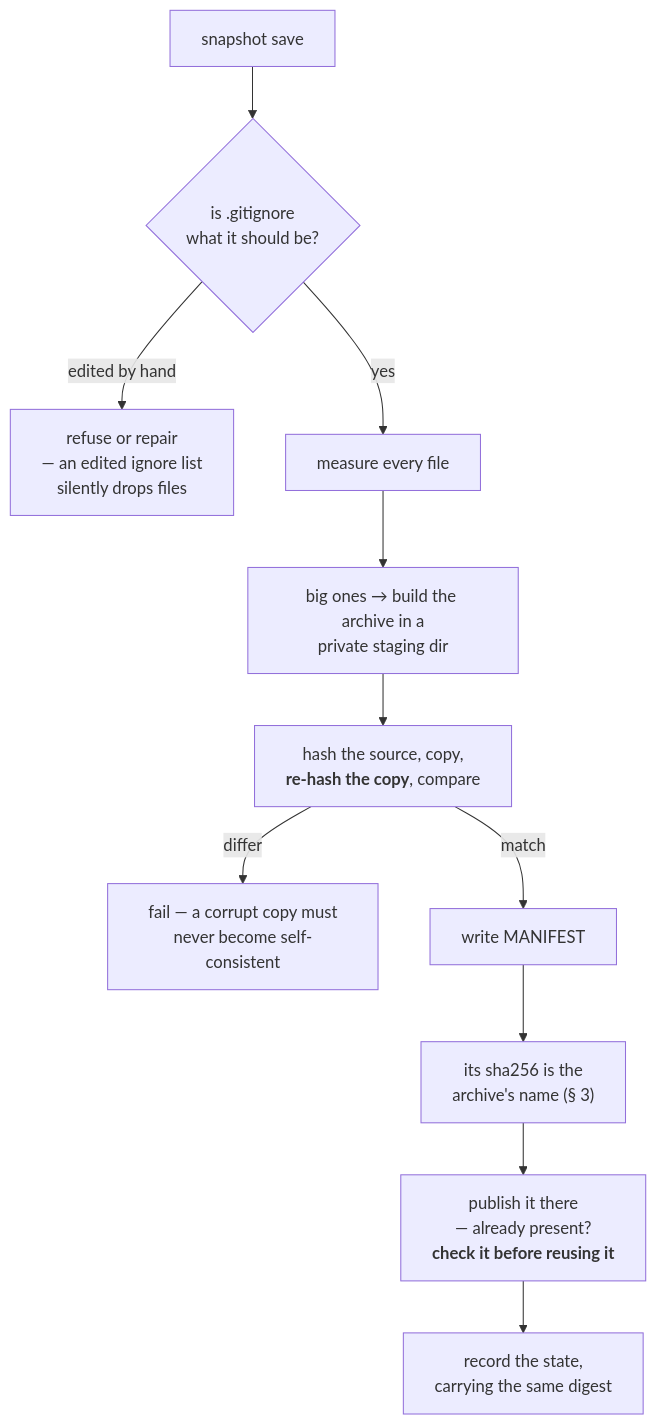
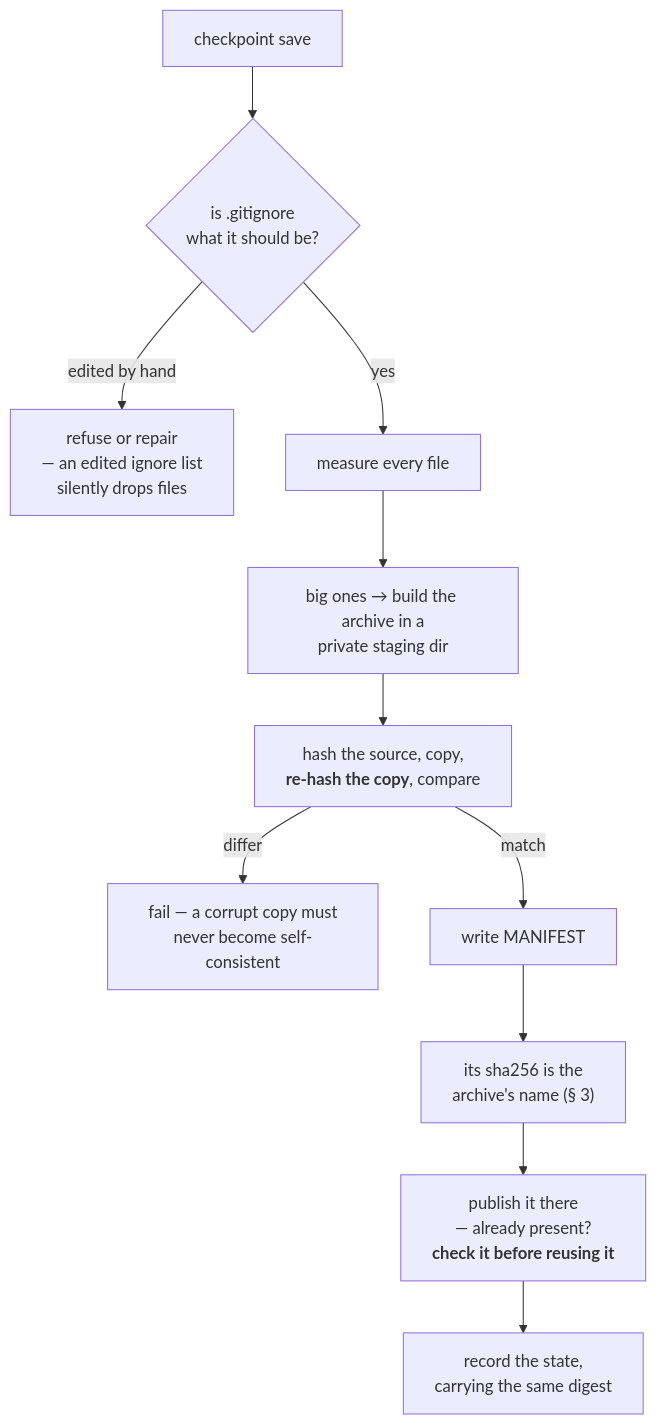
Before and after one commit to Qing-LAB/molbuilder: the third of 4 diagrams in docs/execution/checkpointing.md, drawn with Mermaid. The commit also changed other lines of this file and 106 other files, not shown here.

````diff
--- a/docs/execution/checkpointing.md
+++ b/docs/execution/checkpointing.md
@@ -394,13 +394,13 @@
 ```mermaid
 flowchart TB
-    S["snapshot save"] --> R{"is .gitignore<br/>what it should be?"}
+    S["checkpoint save"] --> R{"is .gitignore<br/>what it should be?"}
     R -->|"edited by hand"| STOP1["refuse or repair<br/>— an edited ignore list<br/>silently drops files"]
     R -->|"yes"| M["measure every file"]
     M --> B["big ones → build the archive in a<br/>private staging dir"]
     B --> V["hash the source, copy,<br/><b>re-hash the copy</b>, compare"]
     V -->|"differ"| STOP2["fail — a corrupt copy must<br/>never become self-consistent"]
     V -->|"match"| W["write MANIFEST"]
     W --> D["its sha256 is the<br/>archive's name (§ 3)"]
     D --> SW["publish it there<br/>— already present?<br/><b>check it before reusing it</b>"]
     SW --> C["record the state,<br/>carrying the same digest"]
 ```
````
